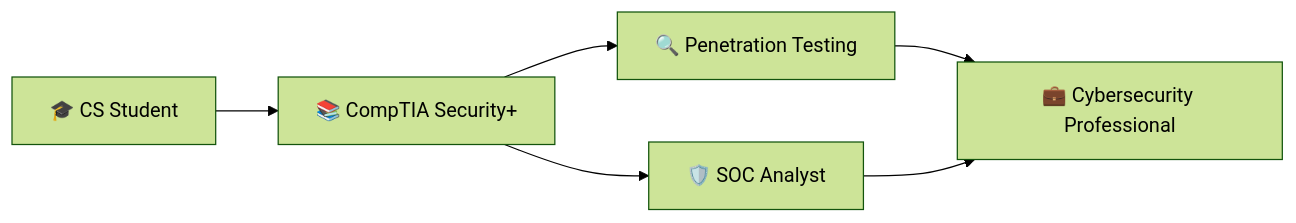
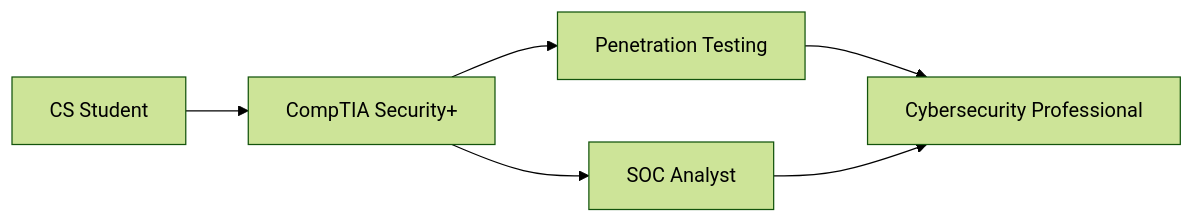
One commit to abdiel-vega/abdiel-vega changed the diagram in README.md. Above: the diagram before and after it, drawn with Mermaid (forest theme). The commit also changed other lines of this file, not shown here.

````diff
--- a/README.md
+++ b/README.md
@@ -85,8 +43,8 @@
 ```mermaid
 graph LR
-    A[🎓 CS Student] --> B[📚 CompTIA Security+]
-    B --> C[🔍 Penetration Testing]
-    B --> D[🛡️ SOC Analyst]
-    C --> E[💼 Cybersecurity Professional]
+    A[CS Student] --> B[CompTIA Security+]
+    B --> C[Penetration Testing]
+    B --> D[SOC Analyst]
+    C --> E[Cybersecurity Professional]
     D --> E
 ```
````
